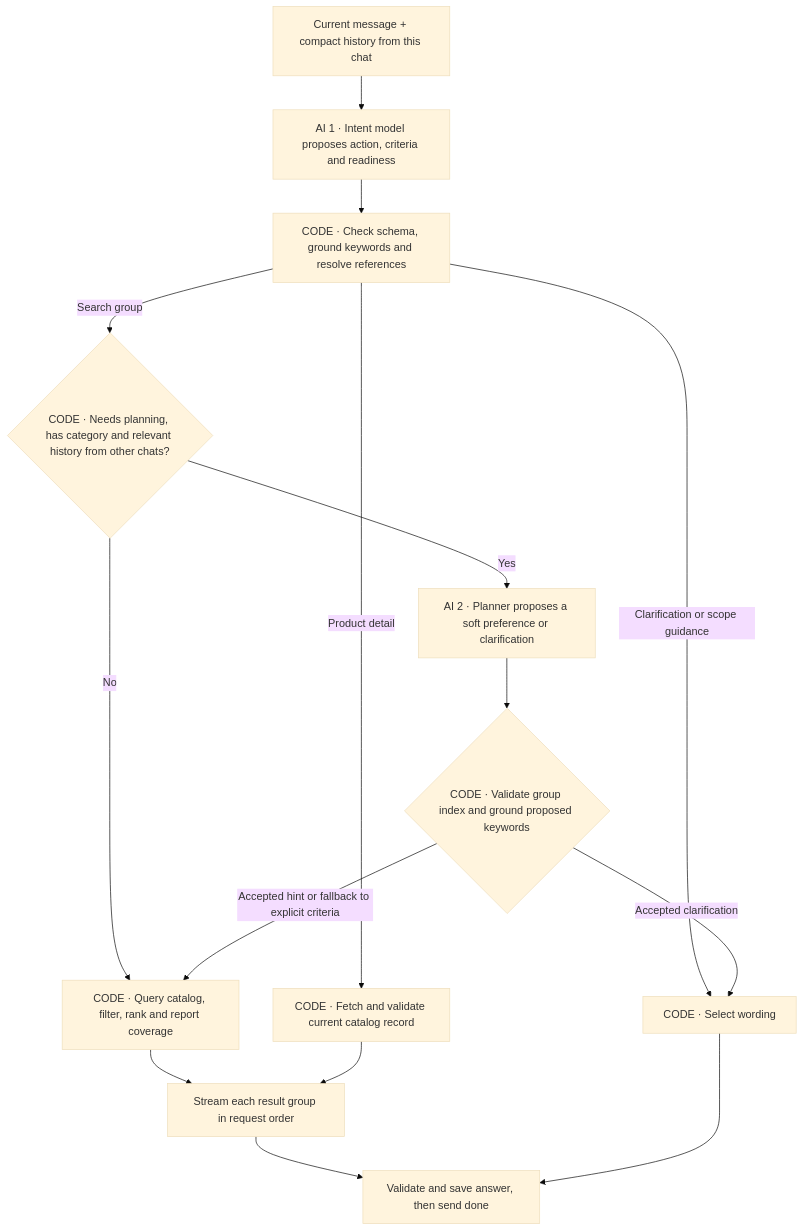
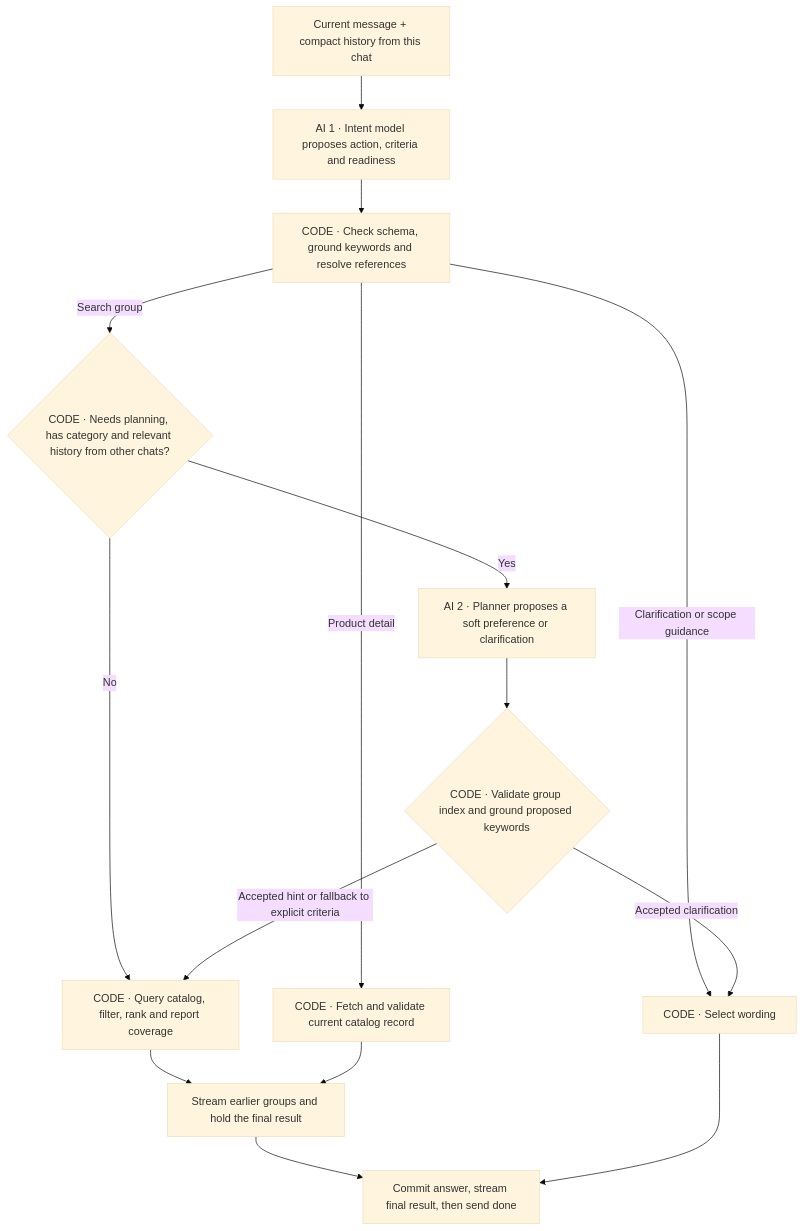
Before and after one commit to rosneri/bazak: the third of 5 diagrams in docs/message-flow.md, drawn with Mermaid (base theme). The commit also changed other lines of this file and 18 other files, not shown here.

Commit message:
Recover pending shopper submissions and commit final results before streaming

````diff
--- a/docs/message-flow.md
+++ b/docs/message-flow.md
@@ -45,17 +45,17 @@
 ```mermaid
 flowchart TD
   input["Current message + compact history from this chat"] --> intent["AI 1 · Intent model proposes action, criteria and readiness"]
   intent --> resolve["CODE · Check schema, ground keywords and resolve references"]
   resolve -->|"Clarification or scope guidance"| fixed["CODE · Select wording"]
   resolve -->|"Product detail"| detail["CODE · Fetch and validate current catalog record"]
   resolve -->|"Search group"| eligible{"CODE · Needs planning, has category and relevant history from other chats?"}
   eligible -->|"No"| lookup["CODE · Query catalog, filter, rank and report coverage"]
   eligible -->|"Yes"| plan["AI 2 · Planner proposes a soft preference or clarification"]
   plan --> check{"CODE · Validate group index and ground proposed keywords"}
   check -->|"Accepted hint or fallback to explicit criteria"| lookup
   check -->|"Accepted clarification"| fixed
-  lookup --> result["Stream each result group in request order"]
+  lookup --> result["Stream earlier groups and hold the final result"]
   detail --> result
-  result --> save["Validate and save answer, then send done"]
+  result --> save["Commit answer, stream final result, then send done"]
   fixed --> save
 ```
````
